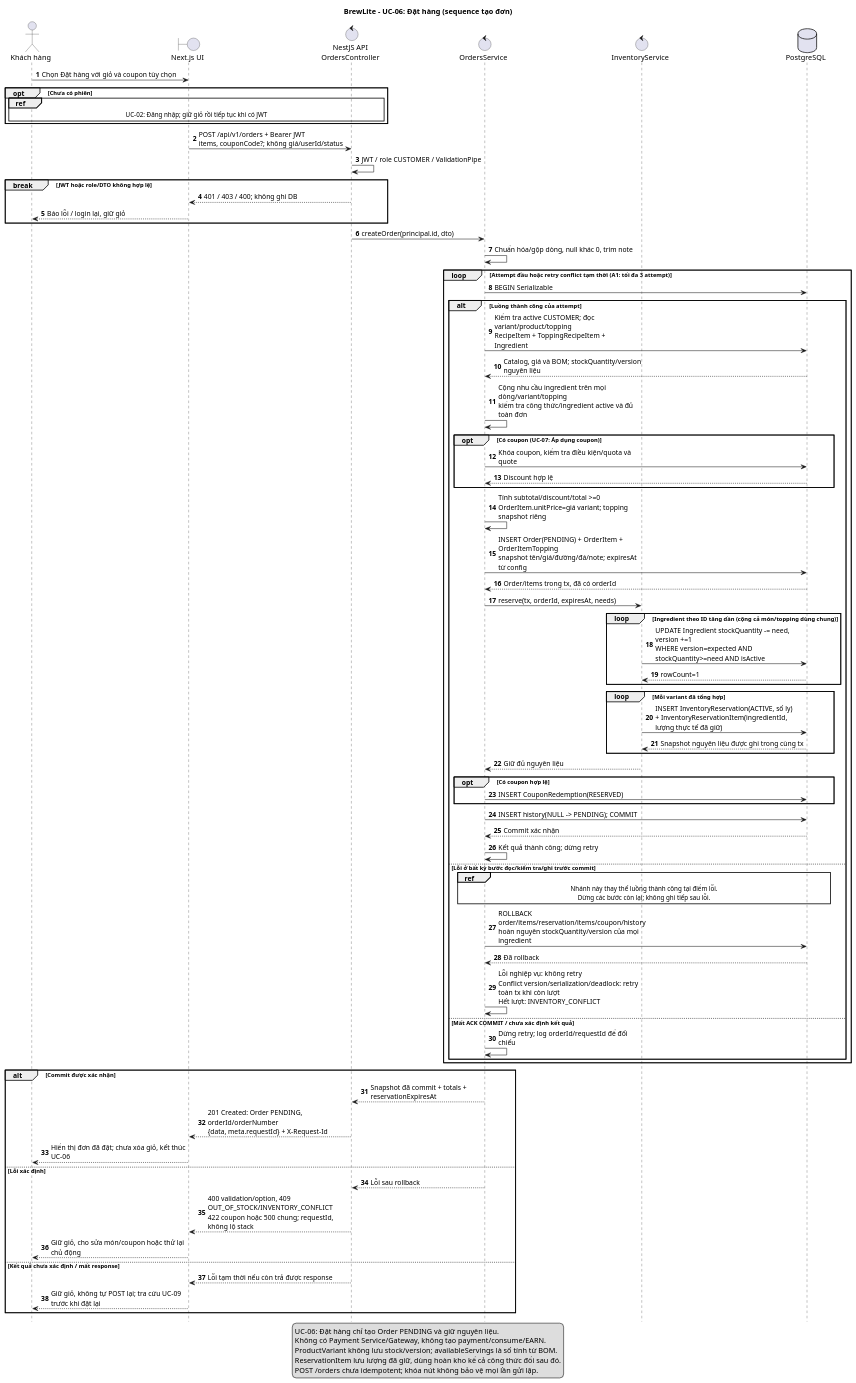
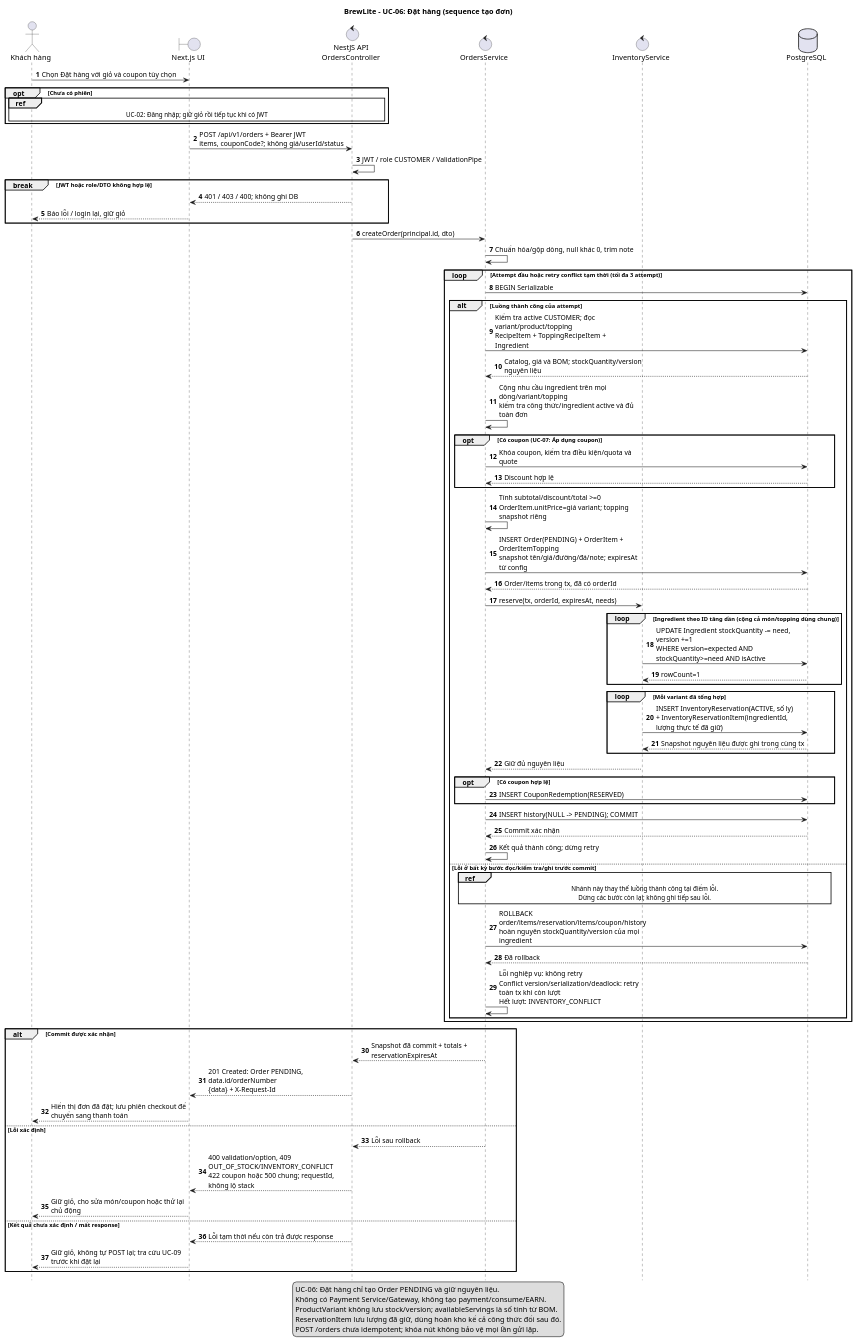
One commit to Fatcatmmb-sudo/BrewLite_A2 changed the diagram in docs/diagrams/sequence-create-order.puml. Above: the diagram before and after it, drawn with PlantUML. The commit also changed 19 other files, not shown here.

Commit message:
docs(task-2): dong bo sequence, class va ERD

```diff
--- a/docs/diagrams/sequence-create-order.puml
+++ b/docs/diagrams/sequence-create-order.puml
@@ -1,86 +1,84 @@
 @startuml
 hide footbox
 autonumber
 skinparam defaultFontName Arial
 skinparam shadowing false
 skinparam maxMessageSize 280
 title BrewLite - UC-06: Đặt hàng (sequence tạo đơn)
 actor "Khách hàng" as C
 boundary "Next.js UI" as UI
 control "NestJS API\nOrdersController" as API
 control "OrdersService" as Orders
 control "InventoryService" as Inventory
 database "PostgreSQL" as DB
 C -> UI: Chọn Đặt hàng với giỏ và coupon tùy chọn
 opt Chưa có phiên
   ref over C,API: UC-02: Đăng nhập; giữ giỏ rồi tiếp tục khi có JWT
 end
 UI -> API: POST /api/v1/orders + Bearer JWT\nitems, couponCode?; không giá/userId/status
 API -> API: JWT / role CUSTOMER / ValidationPipe
 break JWT hoặc role/DTO không hợp lệ
   API --> UI: 401 / 403 / 400; không ghi DB
   UI --> C: Báo lỗi / login lại, giữ giỏ
 end
 API -> Orders: createOrder(principal.id, dto)
 Orders -> Orders: Chuẩn hóa/gộp dòng, null khác 0, trim note
-loop Attempt đầu hoặc retry conflict tạm thời (A1: tối đa 3 attempt)
+loop Attempt đầu hoặc retry conflict tạm thời (tối đa 3 attempt)
   Orders -> DB: BEGIN Serializable
   alt Luồng thành công của attempt
     Orders -> DB: Kiểm tra active CUSTOMER; đọc variant/product/topping\nRecipeItem + ToppingRecipeItem + Ingredient
     DB --> Orders: Catalog, giá và BOM; stockQuantity/version nguyên liệu
     Orders -> Orders: Cộng nhu cầu ingredient trên mọi dòng/variant/topping\nkiểm tra công thức/ingredient active và đủ toàn đơn
     opt Có coupon (UC-07: Áp dụng coupon)
       Orders -> DB: Khóa coupon, kiểm tra điều kiện/quota và quote
       DB --> Orders: Discount hợp lệ
     end
     Orders -> Orders: Tính subtotal/discount/total >=0\nOrderItem.unitPrice=giá variant; topping snapshot riêng
     Orders -> DB: INSERT Order(PENDING) + OrderItem + OrderItemTopping\nsnapshot tên/giá/đường/đá/note; expiresAt từ config
     DB --> Orders: Order/items trong tx, đã có orderId
     Orders -> Inventory: reserve(tx, orderId, expiresAt, needs)
     loop Ingredient theo ID tăng dần (cộng cả món/topping dùng chung)
       Inventory -> DB: UPDATE Ingredient stockQuantity -= need, version +=1\nWHERE version=expected AND stockQuantity>=need AND isActive
       DB --> Inventory: rowCount=1
     end
     loop Mỗi variant đã tổng hợp
       Inventory -> DB: INSERT InventoryReservation(ACTIVE, số ly)\n+ InventoryReservationItem(ingredientId, lượng thực tế đã giữ)
       DB --> Inventory: Snapshot nguyên liệu được ghi trong cùng tx
     end
     Inventory --> Orders: Giữ đủ nguyên liệu
     opt Có coupon hợp lệ
       Orders -> DB: INSERT CouponRedemption(RESERVED)
     end
     Orders -> DB: INSERT history(NULL -> PENDING); COMMIT
     DB --> Orders: Commit xác nhận
     Orders -> Orders: Kết quả thành công; dừng retry
   else Lỗi ở bất kỳ bước đọc/kiểm tra/ghi trước commit
     ref over Orders,DB
       Nhánh này thay thế luồng thành công tại điểm lỗi.
       Dừng các bước còn lại; không ghi tiếp sau lỗi.
     end ref
     Orders -> DB: ROLLBACK order/items/reservation/items/coupon/history\nhoàn nguyên stockQuantity/version của mọi ingredient
     DB --> Orders: Đã rollback
     Orders -> Orders: Lỗi nghiệp vụ: không retry\nConflict version/serialization/deadlock: retry toàn tx khi còn lượt\nHết lượt: INVENTORY_CONFLICT
-  else Mất ACK COMMIT / chưa xác định kết quả
-    Orders -> Orders: Dừng retry; log orderId/requestId để đối chiếu
   end
 end
 alt Commit được xác nhận
   Orders --> API: Snapshot đã commit + totals + reservationExpiresAt
-  API --> UI: 201 Created: Order PENDING, orderId/orderNumber\n{data, meta.requestId} + X-Request-Id
-  UI --> C: Hiển thị đơn đã đặt; chưa xóa giỏ, kết thúc UC-06
+  API --> UI: 201 Created: Order PENDING, data.id/orderNumber\n{data} + X-Request-Id
+  UI --> C: Hiển thị đơn đã đặt; lưu phiên checkout để chuyển sang thanh toán
 else Lỗi xác định
   Orders --> API: Lỗi sau rollback
   API --> UI: 400 validation/option, 409 OUT_OF_STOCK/INVENTORY_CONFLICT\n422 coupon hoặc 500 chung; requestId, không lộ stack
   UI --> C: Giữ giỏ, cho sửa món/coupon hoặc thử lại chủ động
 else Kết quả chưa xác định / mất response
   API --> UI: Lỗi tạm thời nếu còn trả được response
   UI --> C: Giữ giỏ, không tự POST lại; tra cứu UC-09 trước khi đặt lại
 end
 legend bottom
   UC-06: Đặt hàng chỉ tạo Order PENDING và giữ nguyên liệu.
   Không có Payment Service/Gateway, không tạo payment/consume/EARN.
   ProductVariant không lưu stock/version; availableServings là số tính từ BOM.
   ReservationItem lưu lượng đã giữ, dùng hoàn kho kể cả công thức đổi sau đó.
   POST /orders chưa idempotent; khóa nút không bảo vệ mọi lần gửi lặp.
 endlegend
 @enduml
```
